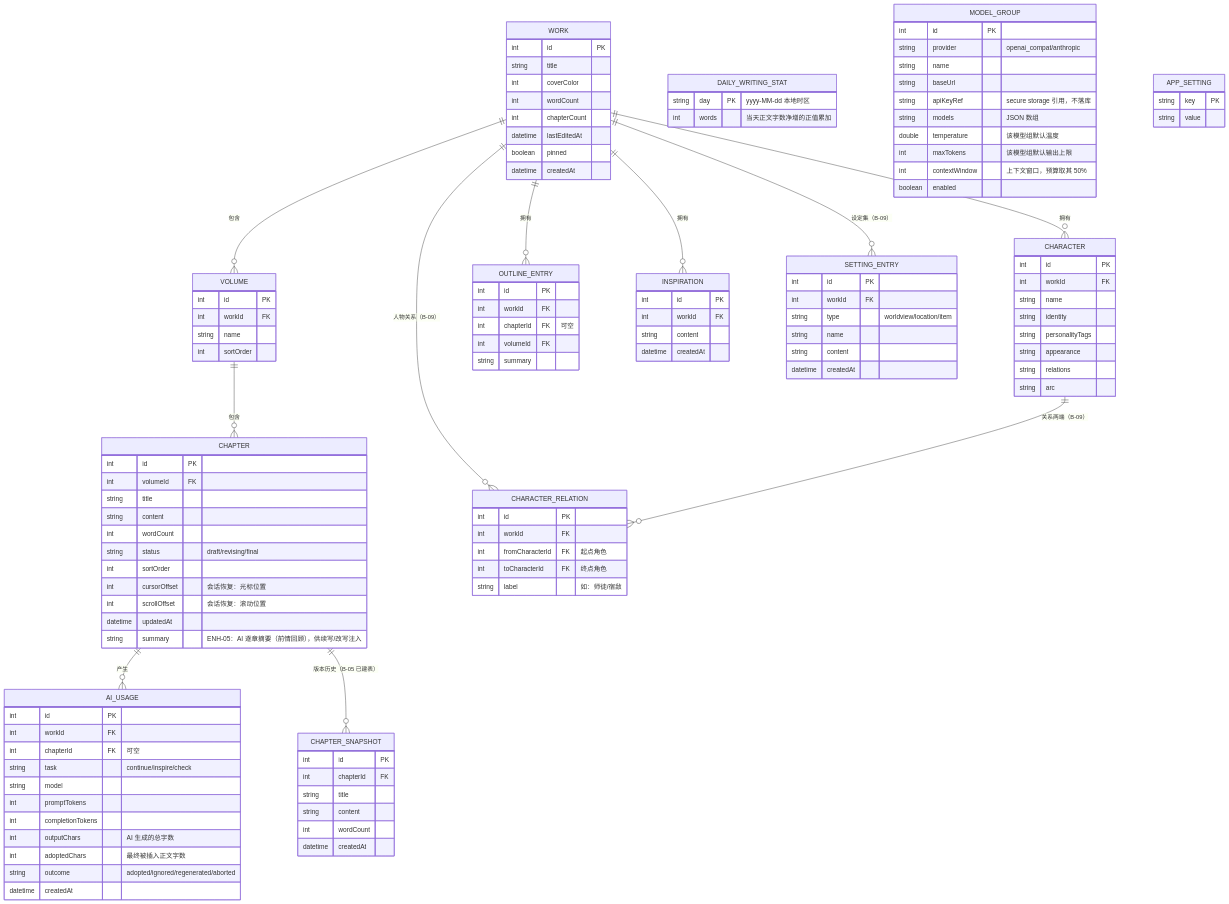
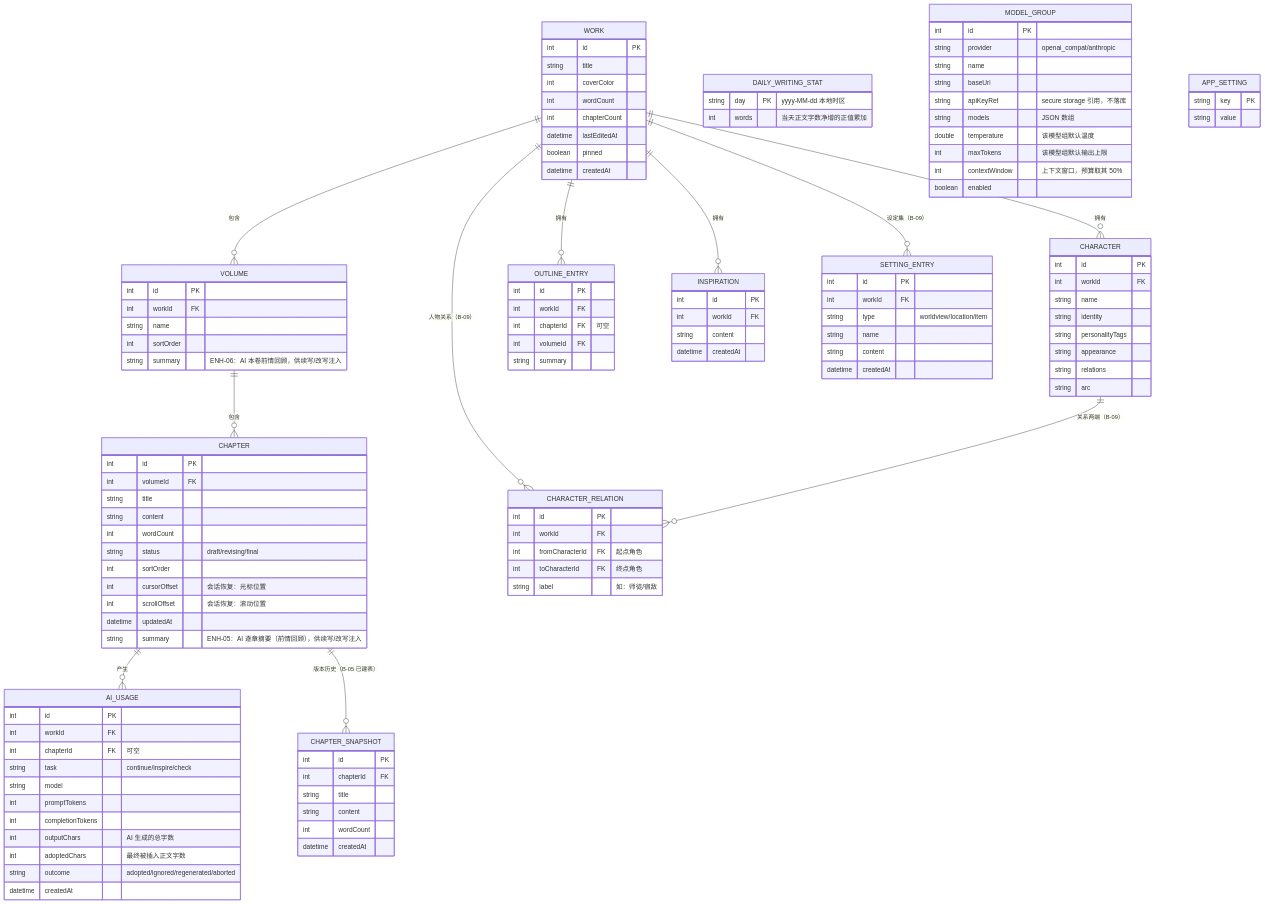
One commit to wly2lcl/NovelPhone changed the second of 3 diagrams in docs/ARCHITECTURE.md. Above: the diagram before and after it, drawn with Mermaid. The commit also changed other lines of this file and 17 other files, not shown here.

First line of the commit message:
feat: ENH-06 滚动摘要（本卷前情回顾）+ 摘要查看编辑

```diff
--- a/docs/ARCHITECTURE.md
+++ b/docs/ARCHITECTURE.md
@@ -245,6 +245,7 @@
         int workId FK
         string name
         int sortOrder
+        string summary "ENH-06：AI 本卷前情回顾，供续写/改写注入"
     }
     CHAPTER {
         int id PK
```
